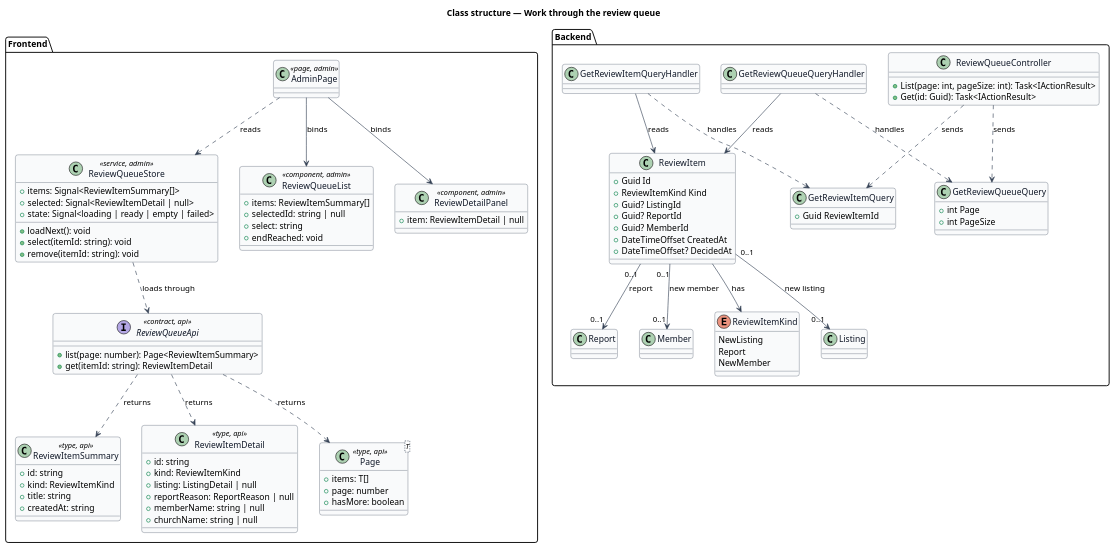
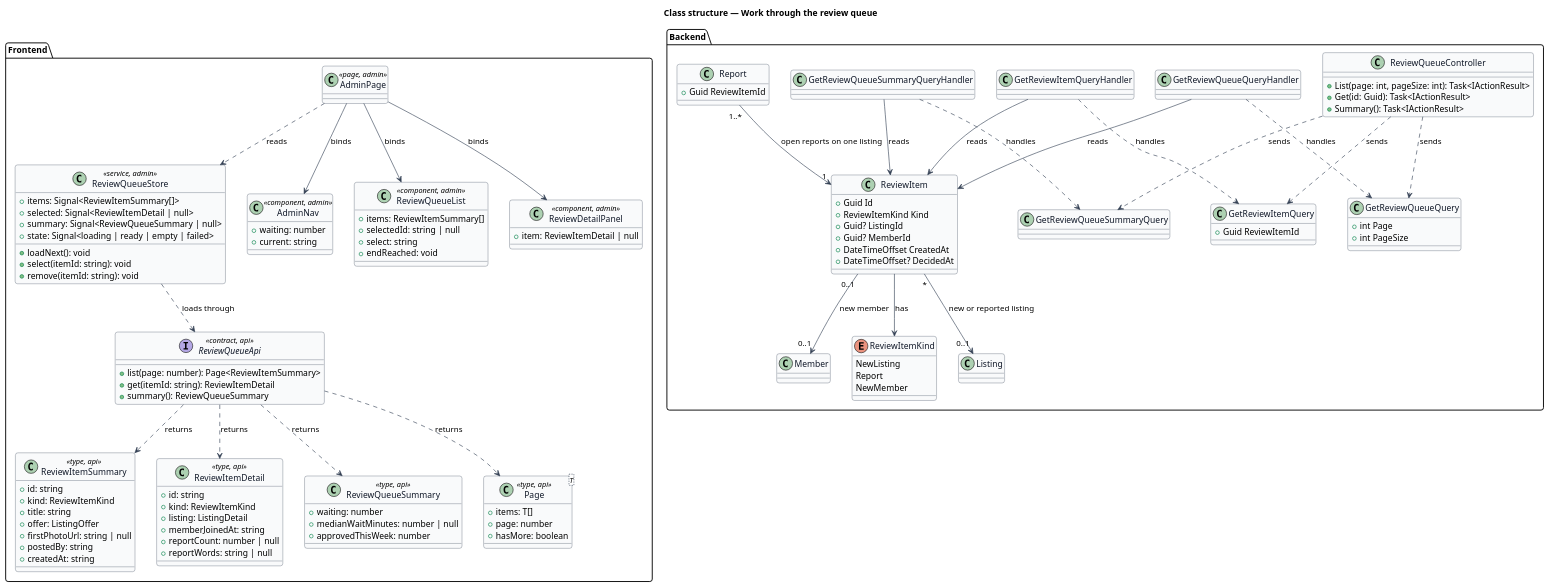
Before and after one commit to QuinntyneBrown/christian-rent: the diagram in docs/detailed-designs/review-queue/work-review-queue/diagrams/class-structure.puml, drawn with PlantUML. The commit also changed 148 other files, not shown here.

```diff
--- a/docs/detailed-designs/review-queue/work-review-queue/diagrams/class-structure.puml
+++ b/docs/detailed-designs/review-queue/work-review-queue/diagrams/class-structure.puml
@@ -1,110 +1,133 @@
 @startuml
 ' --- shared skin header ---
 skinparam backgroundColor #FFFFFF
 skinparam shadowing false
 skinparam roundcorner 8
 skinparam defaultFontName Arial
 skinparam ArrowColor #344054
 skinparam class {
   BorderColor #344054
   FontColor #101828
   BackgroundColor #F9FAFB
 }
 ' --------------------------
 title Class structure — Work through the review queue
 
 package "Frontend" {
   interface ReviewQueueApi <<contract, api>> {
     +list(page: number): Page<ReviewItemSummary>
     +get(itemId: string): ReviewItemDetail
+    +summary(): ReviewQueueSummary
   }
   class ReviewItemSummary <<type, api>> {
     +id: string
     +kind: ReviewItemKind
     +title: string
+    +offer: ListingOffer
+    +firstPhotoUrl: string | null
+    +postedBy: string
     +createdAt: string
   }
   class ReviewItemDetail <<type, api>> {
     +id: string
     +kind: ReviewItemKind
-    +listing: ListingDetail | null
-    +reportReason: ReportReason | null
-    +memberName: string | null
-    +churchName: string | null
+    +listing: ListingDetail
+    +memberJoinedAt: string
+    +reportCount: number | null
+    +reportWords: string | null
+  }
+  class ReviewQueueSummary <<type, api>> {
+    +waiting: number
+    +medianWaitMinutes: number | null
+    +approvedThisWeek: number
   }
   class "Page<T>" as Page <<type, api>> {
     +items: T[]
     +page: number
     +hasMore: boolean
   }
   class ReviewQueueStore <<service, admin>> {
     +items: Signal<ReviewItemSummary[]>
     +selected: Signal<ReviewItemDetail | null>
+    +summary: Signal<ReviewQueueSummary | null>
     +state: Signal<loading | ready | empty | failed>
     +loadNext(): void
     +select(itemId: string): void
     +remove(itemId: string): void
   }
   class AdminPage <<page, admin>>
+  class AdminNav <<component, admin>> {
+    +waiting: number
+    +current: string
+  }
   class ReviewQueueList <<component, admin>> {
     +items: ReviewItemSummary[]
     +selectedId: string | null
     +select: string
     +endReached: void
   }
   class ReviewDetailPanel <<component, admin>> {
     +item: ReviewItemDetail | null
   }
 }
 
 package "Backend" {
   class ReviewQueueController {
     +List(page: int, pageSize: int): Task<IActionResult>
     +Get(id: Guid): Task<IActionResult>
+    +Summary(): Task<IActionResult>
   }
   class GetReviewQueueQuery {
     +int Page
     +int PageSize
   }
   class GetReviewQueueQueryHandler
   class GetReviewItemQuery {
     +Guid ReviewItemId
   }
   class GetReviewItemQueryHandler
+  class GetReviewQueueSummaryQuery
+  class GetReviewQueueSummaryQueryHandler
   class ReviewItem {
     +Guid Id
     +ReviewItemKind Kind
     +Guid? ListingId
-    +Guid? ReportId
     +Guid? MemberId
     +DateTimeOffset CreatedAt
     +DateTimeOffset? DecidedAt
   }
   enum ReviewItemKind {
     NewListing
     Report
     NewMember
   }
   class Listing
-  class Report
+  class Report {
+    +Guid ReviewItemId
+  }
   class Member
 }
 
 AdminPage ..> ReviewQueueStore : reads
+AdminPage --> AdminNav : binds
 AdminPage --> ReviewQueueList : binds
 AdminPage --> ReviewDetailPanel : binds
 ReviewQueueStore ..> ReviewQueueApi : loads through
 ReviewQueueApi ..> Page : returns
 ReviewQueueApi ..> ReviewItemSummary : returns
 ReviewQueueApi ..> ReviewItemDetail : returns
+ReviewQueueApi ..> ReviewQueueSummary : returns
 ReviewQueueController ..> GetReviewQueueQuery : sends
 ReviewQueueController ..> GetReviewItemQuery : sends
+ReviewQueueController ..> GetReviewQueueSummaryQuery : sends
+GetReviewQueueSummaryQueryHandler ..> GetReviewQueueSummaryQuery : handles
+GetReviewQueueSummaryQueryHandler --> ReviewItem : reads
 GetReviewQueueQueryHandler ..> GetReviewQueueQuery : handles
 GetReviewItemQueryHandler ..> GetReviewItemQuery : handles
 GetReviewQueueQueryHandler --> ReviewItem : reads
 GetReviewItemQueryHandler --> ReviewItem : reads
 ReviewItem --> ReviewItemKind : has
-ReviewItem "0..1" --> "0..1" Listing : new listing
-ReviewItem "0..1" --> "0..1" Report : report
+ReviewItem "*" --> "0..1" Listing : new or reported listing
+Report "1..*" --> "1" ReviewItem : open reports on one listing
 ReviewItem "0..1" --> "0..1" Member : new member
 @enduml
```
